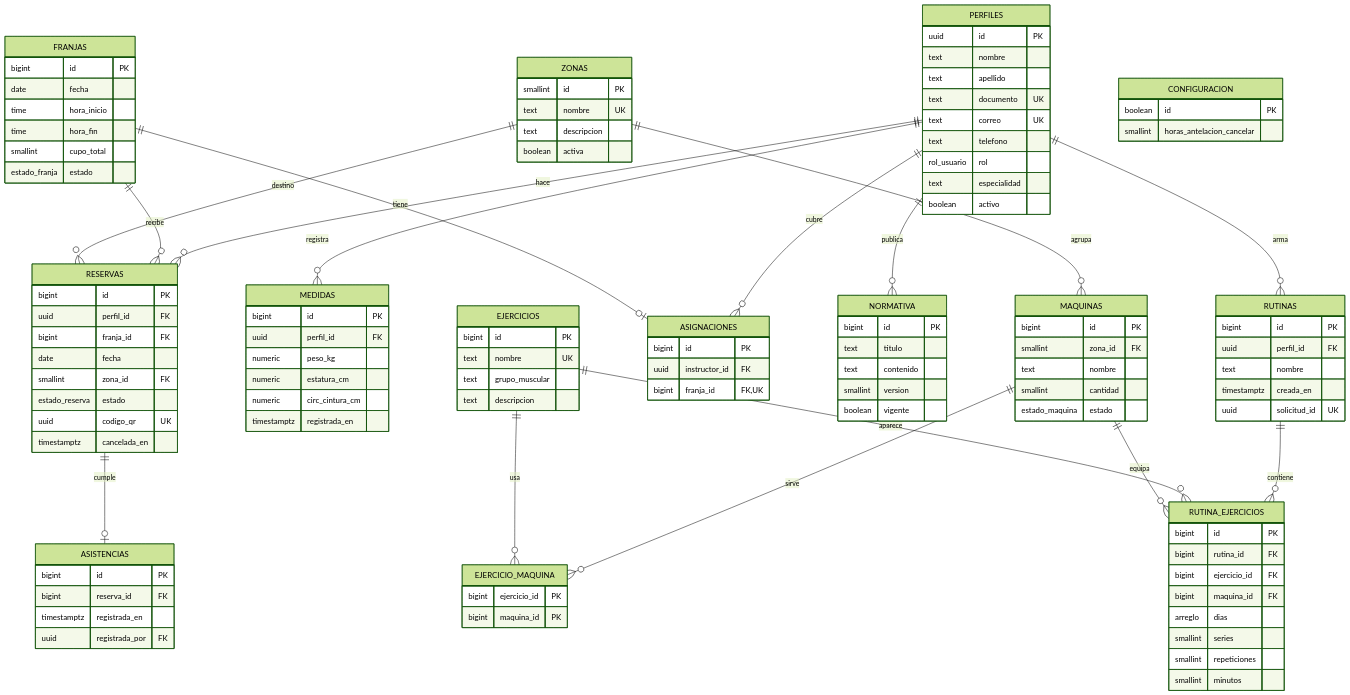
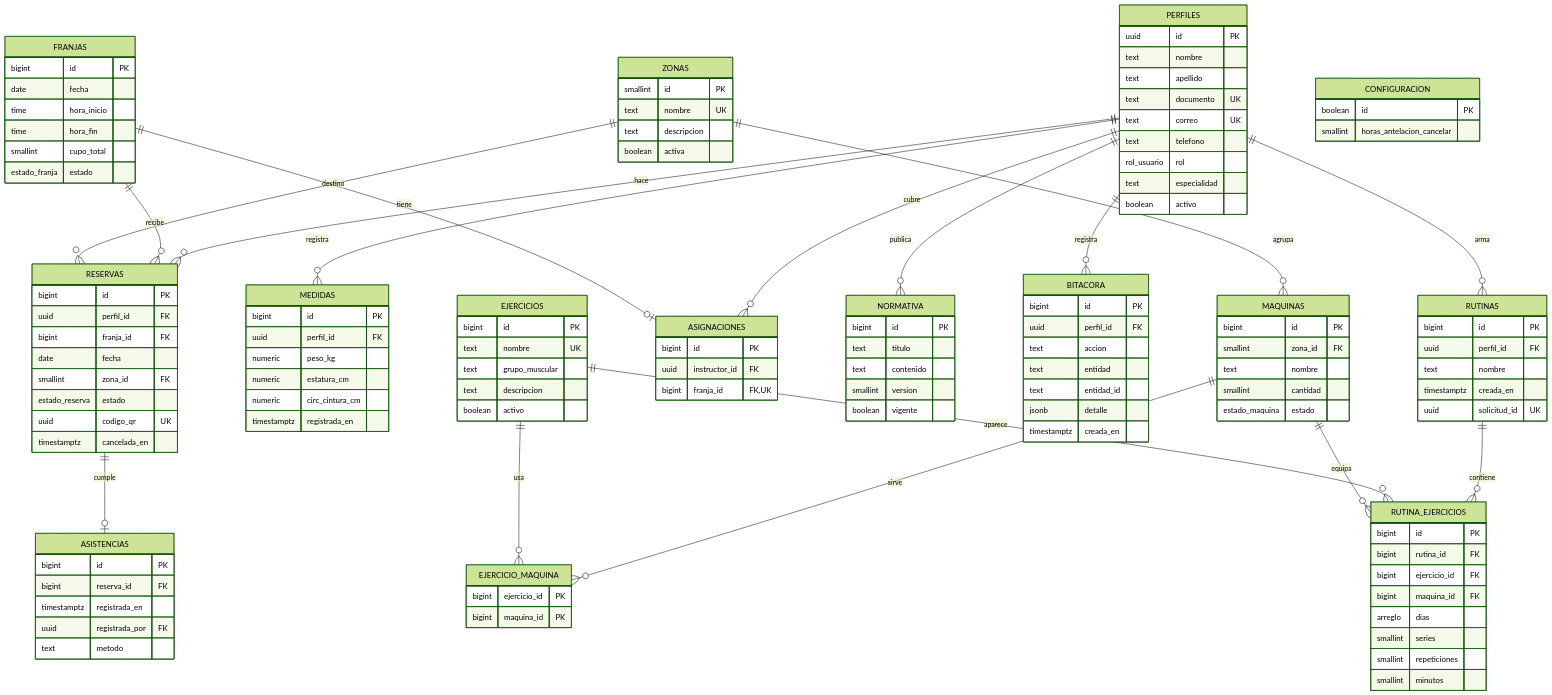
One commit to davidmat17/UFIT changed the diagram in docs/modelo-de-datos.md. Above: the diagram before and after it, drawn with Mermaid (forest theme). The commit also changed other lines of this file and 11 other files, not shown here.

```diff
--- a/docs/modelo-de-datos.md
+++ b/docs/modelo-de-datos.md
@@ -33,6 +33,7 @@
     PERFILES ||--o{ RUTINAS : arma
     PERFILES ||--o{ ASIGNACIONES : cubre
     PERFILES ||--o{ NORMATIVA : publica
+    PERFILES ||--o{ BITACORA : registra
 
     FRANJAS ||--o{ RESERVAS : recibe
     FRANJAS ||--o| ASIGNACIONES : tiene
@@ -83,6 +84,7 @@
         bigint reserva_id FK
         timestamptz registrada_en
         uuid registrada_por FK
+        text metodo
     }
     ZONAS {
         smallint id PK
@@ -102,6 +104,7 @@
         text nombre UK
         text grupo_muscular
         text descripcion
+        boolean activo
     }
     EJERCICIO_MAQUINA {
         bigint ejercicio_id PK
@@ -136,6 +139,15 @@
         boolean id PK
         smallint horas_antelacion_cancelar
     }
+    BITACORA {
+        bigint id PK
+        uuid perfil_id FK
+        text accion
+        text entidad
+        text entidad_id
+        jsonb detalle
+        timestamptz creada_en
+    }
     NORMATIVA {
         bigint id PK
         text titulo
```
